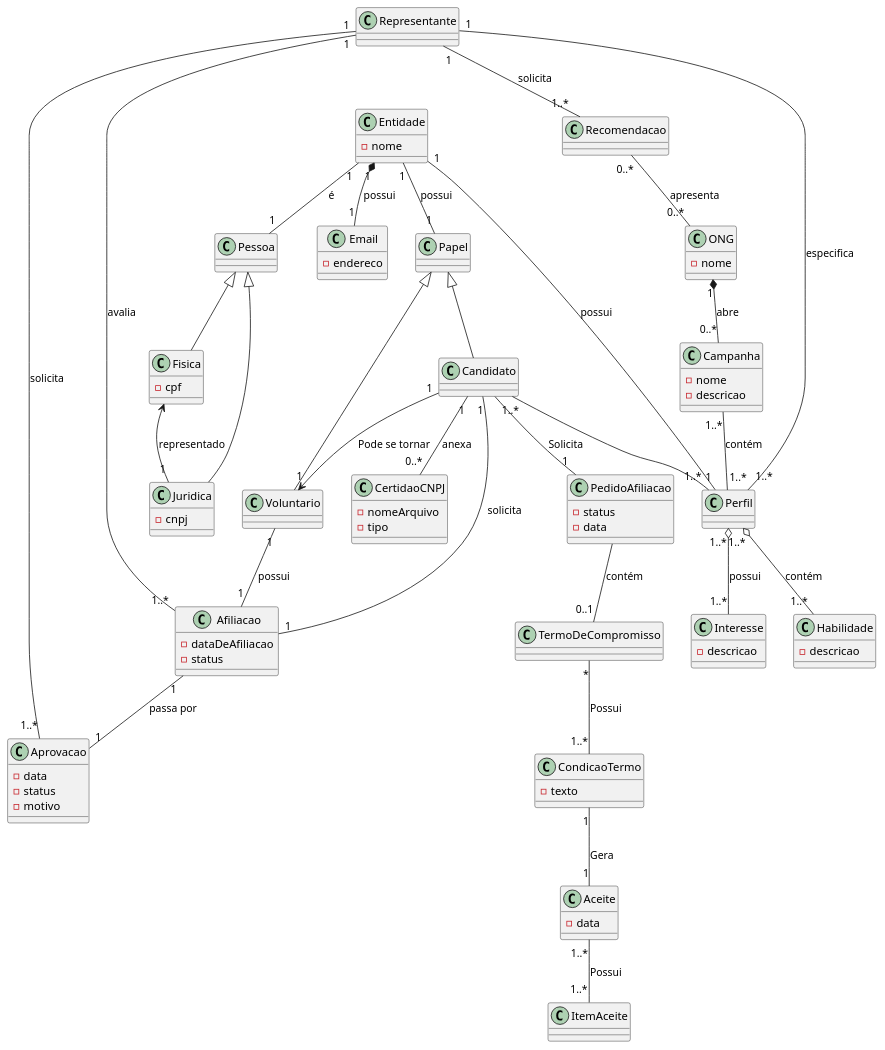
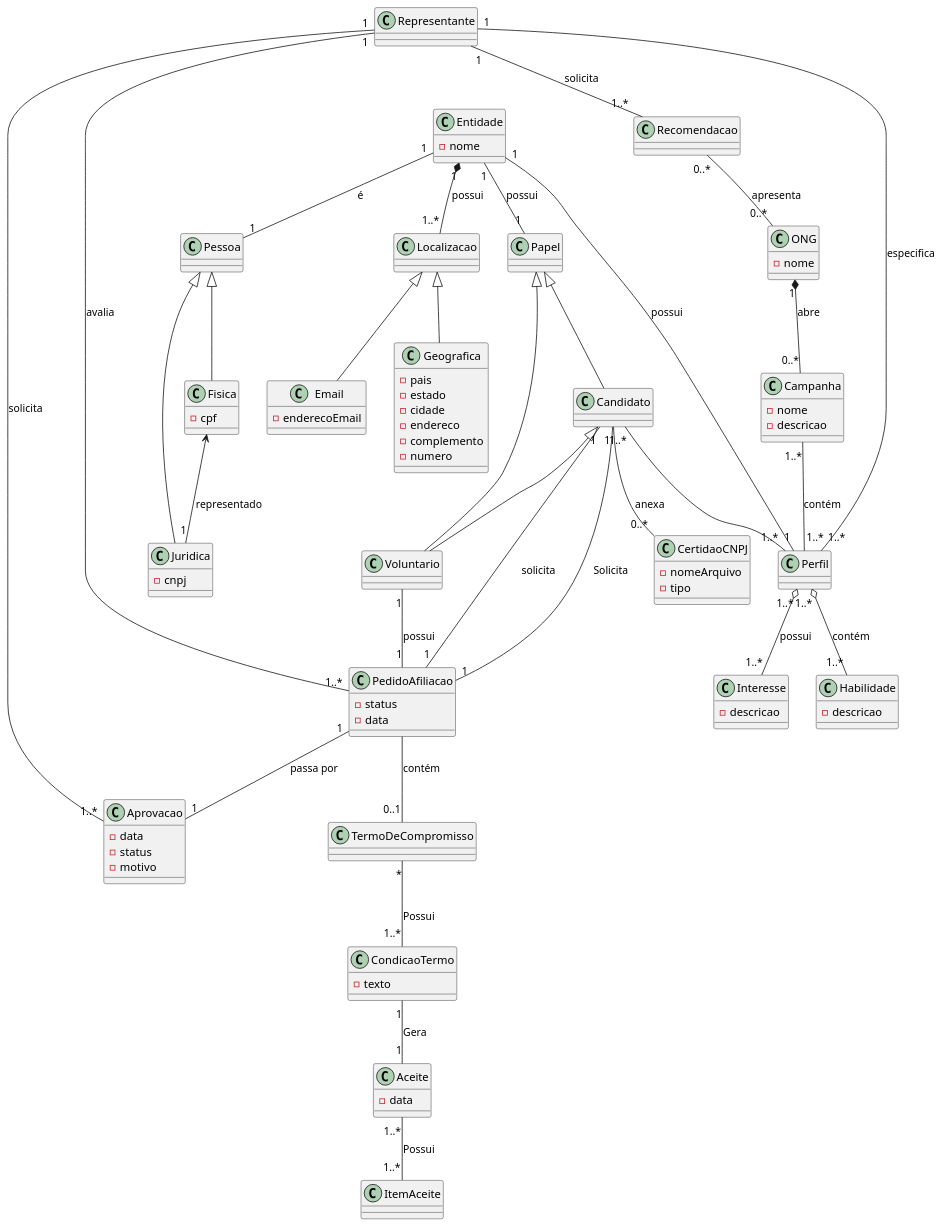
One commit to guisgiacomini/redeMaisSocialProjetoSoftware changed the diagram in diagrama-de-classes-dominio-revisado/diagrama-dominio-revisado.puml. Above: the diagram before and after it, drawn with PlantUML.

Commit message:
atualizando diagrma de dominio revisado

```diff
--- a/diagrama-de-classes-dominio-revisado/diagrama-dominio-revisado.puml
+++ b/diagrama-de-classes-dominio-revisado/diagrama-dominio-revisado.puml
@@ -1,136 +1,145 @@
 @startuml
 
 class Entidade {
   -nome
 }
 
 class Papel 
 
 class Pessoa
 
 class Fisica extends Pessoa {
   -cpf
 }
 
 class Juridica extends Pessoa{
   -cnpj
 }
 
 class Candidato extends Papel{
 }
 
 class ONG { 
     -nome
 }
 
-class Voluntario extends Papel{
+class Voluntario extends Papel, Candidato {
 
 }
 
 class Campanha {
     -nome
     -descricao
 }
 
-class Afiliacao {
-    -dataDeAfiliacao
-    -status
-}
 
 class Perfil {
 
 }
 
 class Habilidade {
     -descricao
 }
 
 class Interesse {
     -descricao
 }
 
 class Representante {
     
 }
 
-class Email {
+class Email extends Localizacao{
+    -enderecoEmail
+}
+
+class Localizacao {
+
+}
+
+class Geografica extends Localizacao{
+    -pais
+    -estado
+    -cidade
     -endereco
+    -complemento
+    -numero
 }
 
 class Recomendacao {
 
 }
 
 class Aprovacao {
     -data
     -status
     -motivo
 }
 
 class CertidaoCNPJ {
     -nomeArquivo
     -tipo
 }
 
 class "TermoDeCompromisso" as Termo{
 }
 
 class CondicaoTermo{
     -texto
 }
 
 class Aceite {
  -data
 }
 
 class ItemAceite {
  
 }
 
 class PedidoAfiliacao {
     -status
     -data
 }
 
 Perfil "1..*" o-- "1..*" Habilidade: contém
 Perfil "1..*" o-- "1..*" Interesse: possui
 
 Entidade "1" -- "1" Papel: possui
 Entidade "1" -- "1" Pessoa: é
 
 Fisica <-- "1" Juridica: representado
 
-Candidato "1" -- "1" Afiliacao: solicita
+Candidato "1" -- "1" PedidoAfiliacao: solicita
 Candidato "1" -- "0..*" CertidaoCNPJ: anexa
 Candidato "1..*" -- "1..*" Perfil
 Candidato -- "1" PedidoAfiliacao: Solicita
-Candidato "1" --> "1" Voluntario: Pode se tornar
+
 
 Entidade "1" -- "1" Perfil: possui
-Entidade "1" *-- "1" Email: possui
+Entidade "1" *-- "1..*" Localizacao: possui
 
 ONG "1" *-- "0..*" Campanha: abre
 Campanha "1..*" -- "1..*" Perfil: contém
 
-Representante "1" -- "1..*" Afiliacao: avalia
+Representante "1" -- "1..*" PedidoAfiliacao: avalia
 Representante "1" -- "1..*" Aprovacao: solicita
 Representante "1" -- "1..*" Perfil: especifica
 Representante "1" -- "1..*" Recomendacao: solicita
 
 Recomendacao "0..*" -- "0..*" ONG: apresenta
 
-Afiliacao "1" -- "1" Aprovacao : "passa por"
+PedidoAfiliacao "1" -- "1" Aprovacao : "passa por"
 
-Voluntario "1" -- "1" Afiliacao: "possui"
+Voluntario "1" -- "1" PedidoAfiliacao: "possui"
 
 
 PedidoAfiliacao -- "0..1" Termo: contém
 
 Termo "*" -- "1..*" CondicaoTermo: Possui
 
 CondicaoTermo "1" -- "1" Aceite: Gera
 
 Aceite "1..*" -- "1..*" ItemAceite: Possui
 
 
 @enduml
```
